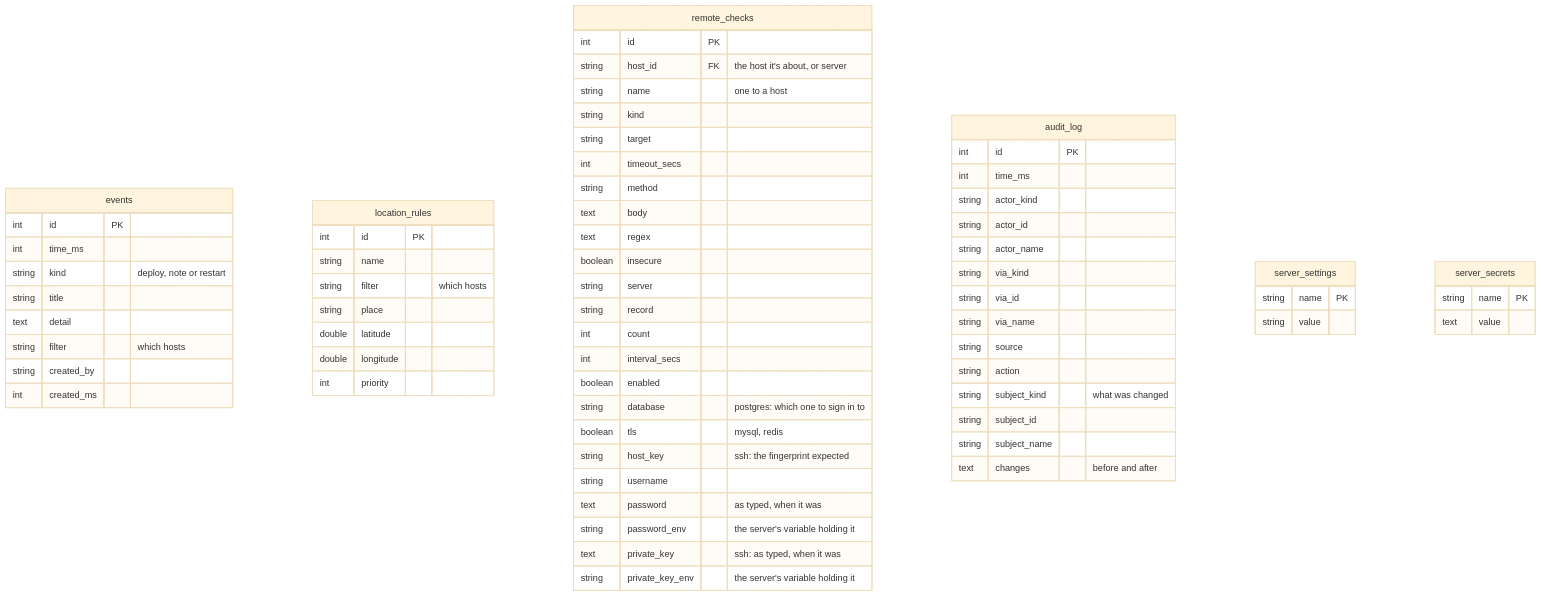
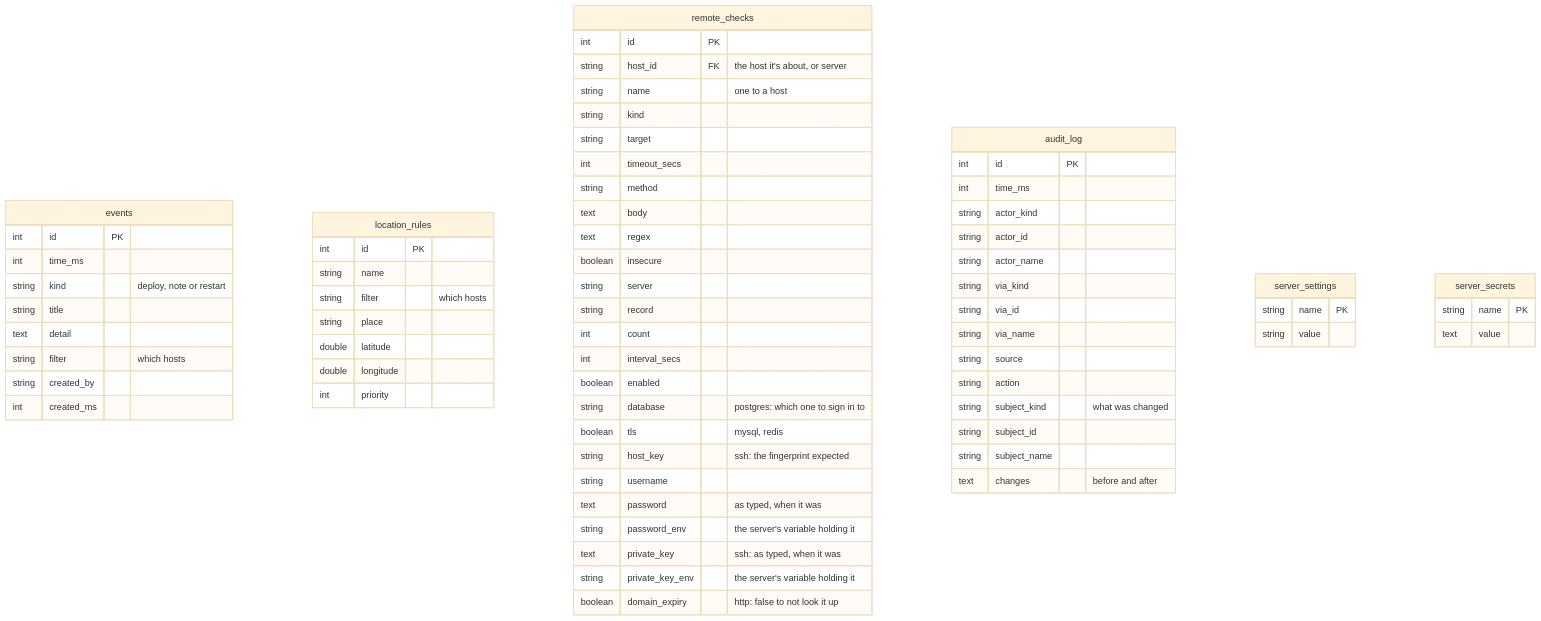
Before and after one commit to sfreiberg/maxnines: the second of 4 diagrams in database/README.md, drawn with Mermaid (base theme). The commit also changed 11 other files, not shown here.

First line of the commit message:
Look up when a website's domain expires, over RDAP

````diff
--- a/database/README.md
+++ b/database/README.md
@@ -316,71 +316,72 @@
 ```mermaid
 erDiagram
     events {
         int id PK
         int time_ms
         string kind "deploy, note or restart"
         string title
         text detail
         string filter "which hosts"
         string created_by
         int created_ms
     }
     location_rules {
         int id PK
         string name
         string filter "which hosts"
         string place
         double latitude
         double longitude
         int priority
     }
     remote_checks {
         int id PK
         string host_id FK "the host it's about, or server"
         string name "one to a host"
         string kind
         string target
         int timeout_secs
         string method
         text body
         text regex
         boolean insecure
         string server
         string record
         int count
         int interval_secs
         boolean enabled
         string database "postgres: which one to sign in to"
         boolean tls "mysql, redis"
         string host_key "ssh: the fingerprint expected"
         string username
         text password "as typed, when it was"
         string password_env "the server's variable holding it"
         text private_key "ssh: as typed, when it was"
         string private_key_env "the server's variable holding it"
+        boolean domain_expiry "http: false to not look it up"
     }
     audit_log {
         int id PK
         int time_ms
         string actor_kind
         string actor_id
         string actor_name
         string via_kind
         string via_id
         string via_name
         string source
         string action
         string subject_kind "what was changed"
         string subject_id
         string subject_name
         text changes "before and after"
     }
     server_settings {
         string name PK
         string value
     }
     server_secrets {
         string name PK
         text value
     }
 ```
````
